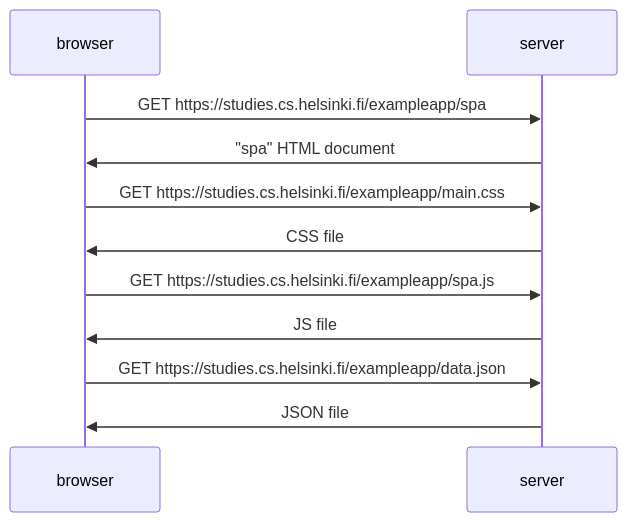
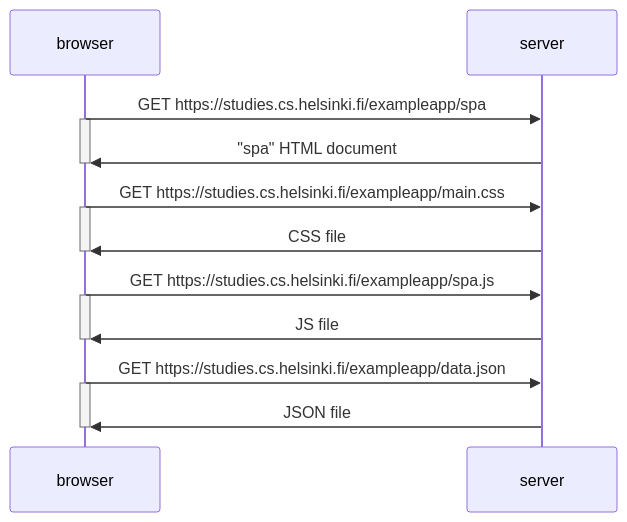
The diagram in osa0/0-5.md (VeikkaND/fullstackopen-2023), drawn with Mermaid before and after one commit.

Commit message:
muutoksia muotoiluun

````diff
--- a/osa0/0-5.md
+++ b/osa0/0-5.md
@@ -1,18 +1,26 @@
 ```mermaid
 sequenceDiagram
     participant browser
     participant server
 
     browser->>server: GET https://studies.cs.helsinki.fi/exampleapp/spa
+    activate browser
     server->>browser: "spa" HTML document
+    deactivate browser
 
     browser->>server: GET https://studies.cs.helsinki.fi/exampleapp/main.css
+    activate browser
     server->>browser: CSS file
+    deactivate browser
 
     browser->>server: GET https://studies.cs.helsinki.fi/exampleapp/spa.js
+    activate browser
     server->>browser: JS file
+    deactivate browser
 
     browser->>server: GET https://studies.cs.helsinki.fi/exampleapp/data.json
+    activate browser
     server->>browser: JSON file
+    deactivate browser
 
 ```
````
